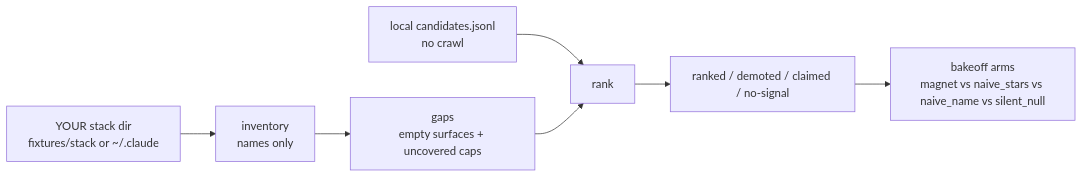
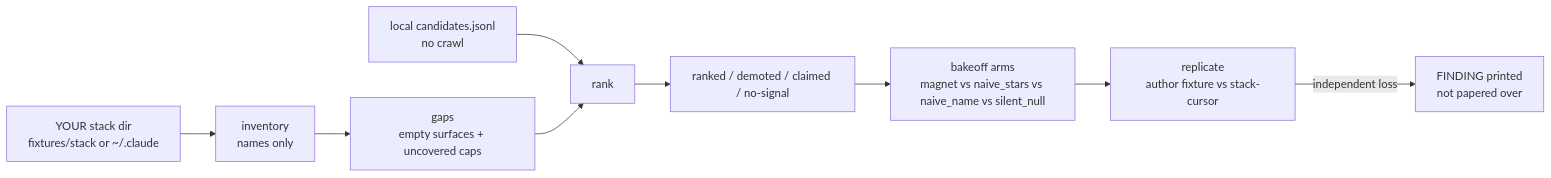
One commit to Morkeeth/agents-for-humans changed the second of 4 diagrams in docs/architecture.md. Above: the diagram before and after it, drawn with Mermaid. The commit also changed other lines of this file and 24 other files, not shown here.

First line of the commit message:
Slice 15: independent-stack replicate + coverage-delta

````diff
--- a/docs/architecture.md
+++ b/docs/architecture.md
@@ -28,9 +28,11 @@
 ```mermaid
 flowchart LR
     S[YOUR stack dir<br/>fixtures/stack or ~/.claude] --> INV[inventory<br/>names only]
     INV --> G[gaps<br/>empty surfaces + uncovered caps]
     C[local candidates.jsonl<br/>no crawl] --> R[rank]
     G --> R
     R --> OUT[ranked / demoted / claimed / no-signal]
     OUT --> B[bakeoff arms<br/>magnet vs naive_stars vs naive_name vs silent_null]
+    B --> REP[replicate<br/>author fixture vs stack-cursor]
+    REP -->|independent loss| FIND[FINDING printed<br/>not papered over]
 ```
````
